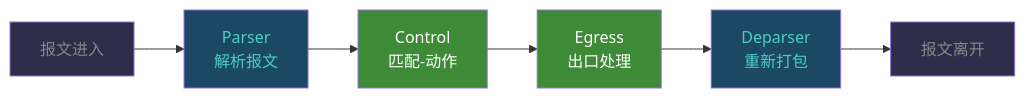
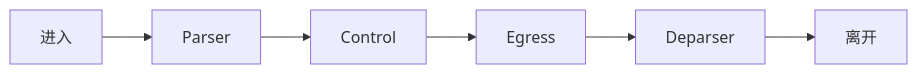
One commit to Sukkk-zcy/Sukkk-zcy.github.io changed the diagram in src/content/blog/P4/p4-02-program-structure.mdx. Above: the diagram before and after it, drawn with Mermaid. The commit also changed 2 other files, not shown here.

Commit message:
fix: 简化 Mermaid 图为更紧凑的布局

````diff
--- a/src/content/blog/P4/p4-02-program-structure.mdx
+++ b/src/content/blog/P4/p4-02-program-structure.mdx
@@ -20,15 +20,8 @@
 ```mermaid
 graph LR
-    A[报文进入] --> B[Parser<br/>解析报文]
-    B --> C[Control<br/>匹配-动作]
-    C --> D[Egress<br/>出口处理]
-    D --> E[Deparser<br/>重新打包]
-    E --> F[报文离开]
-    
-    style A fill:#2d2d4a,color:#888
-    style B fill:#1b4965,color:#4ecdc4
-    style C fill:#3d8b37,color:#fff
-    style D fill:#3d8b37,color:#fff
-    style E fill:#1b4965,color:#4ecdc4
-    style F fill:#2d2d4a,color:#888
+    A[进入] --> B[Parser]
+    B --> C[Control]
+    C --> D[Egress]
+    D --> E[Deparser]
+    E --> F[离开]
 ```
````
